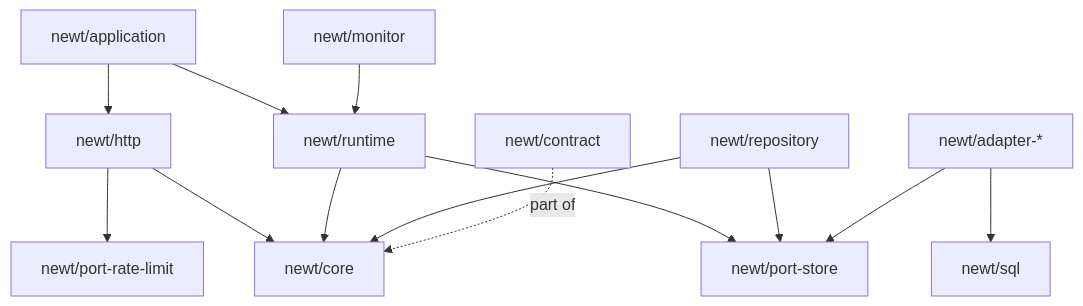
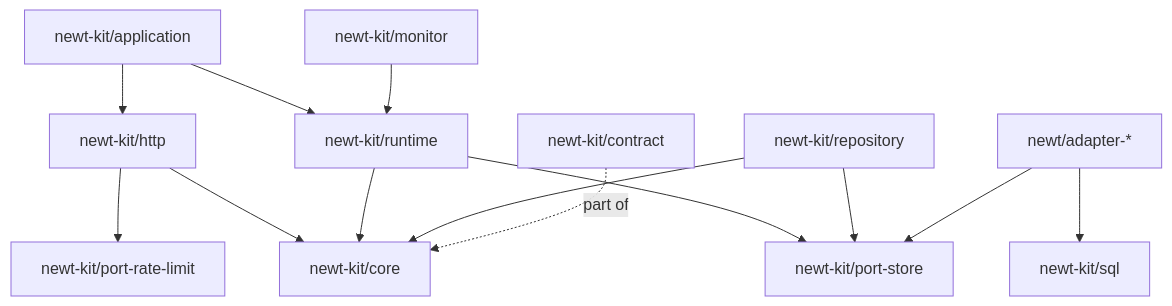
Before and after one commit to aromero86/newt: the diagram in web/manual/d-exports.md, drawn with Mermaid. The commit also changed other lines of this file and 641 other files, not shown here.

````diff
--- a/web/manual/d-exports.md
+++ b/web/manual/d-exports.md
@@ -13,15 +13,15 @@
 ```mermaid
 flowchart TD
-  application["newt/application"] --> runtime["newt/runtime"]
-  application --> http["newt/http"]
-  monitor["newt/monitor"] --> runtime
-  http --> core["newt/core"]
-  http --> ratelimit["newt/port-rate-limit"]
+  application["newt-kit/application"] --> runtime["newt-kit/runtime"]
+  application --> http["newt-kit/http"]
+  monitor["newt-kit/monitor"] --> runtime
+  http --> core["newt-kit/core"]
+  http --> ratelimit["newt-kit/port-rate-limit"]
   runtime --> core
-  runtime --> portstore["newt/port-store"]
-  repository["newt/repository"] --> portstore
+  runtime --> portstore["newt-kit/port-store"]
+  repository["newt-kit/repository"] --> portstore
   repository --> core
-  adapters["newt/adapter-*"] --> sql["newt/sql"]
+  adapters["newt/adapter-*"] --> sql["newt-kit/sql"]
   adapters --> portstore
-  contract["newt/contract"] -.->|"part of"| core
+  contract["newt-kit/contract"] -.->|"part of"| core
 ```
````
